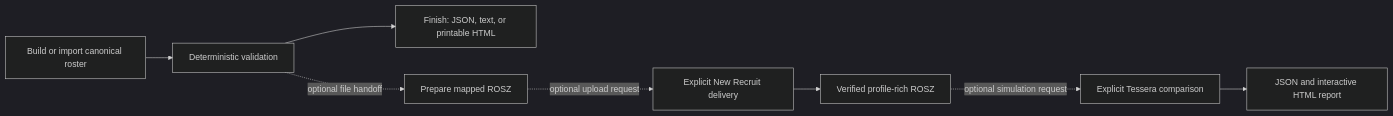
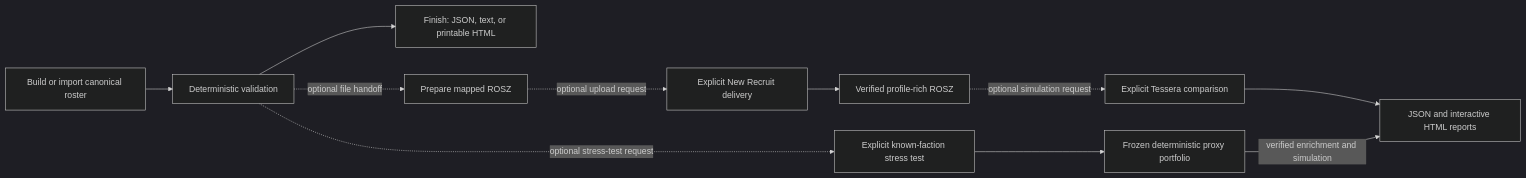
One commit to jrichyrich/new_recruit changed the first of 5 diagrams in docs/architecture.md. Above: the diagram before and after it, drawn with Mermaid (dark theme). The commit also changed other lines of this file and 35 other files, not shown here.

Commit message:
Harden unknown-faction stress testing

````diff
--- a/docs/architecture.md
+++ b/docs/architecture.md
@@ -29,19 +30,24 @@
 ```mermaid
 flowchart LR
     build["Build or import canonical roster"]
     validate["Deterministic validation"]
     finish["Finish: JSON, text, or printable HTML"]
     handoff["Prepare mapped ROSZ"]
     deliver["Explicit New Recruit delivery"]
     enrich["Verified profile-rich ROSZ"]
     compare["Explicit Tessera comparison"]
-    report["JSON and interactive HTML report"]
+    stress["Explicit known-faction stress test"]
+    portfolio["Frozen deterministic proxy portfolio"]
+    report["JSON and interactive HTML reports"]
 
     build --> validate
     validate --> finish
     validate -. "optional file handoff" .-> handoff
     handoff -. "optional upload request" .-> deliver
     deliver --> enrich
     enrich -. "optional simulation request" .-> compare
     compare --> report
+    validate -. "optional stress-test request" .-> stress
+    stress --> portfolio
+    portfolio -->|"verified enrichment and simulation"| report
 ```
````
